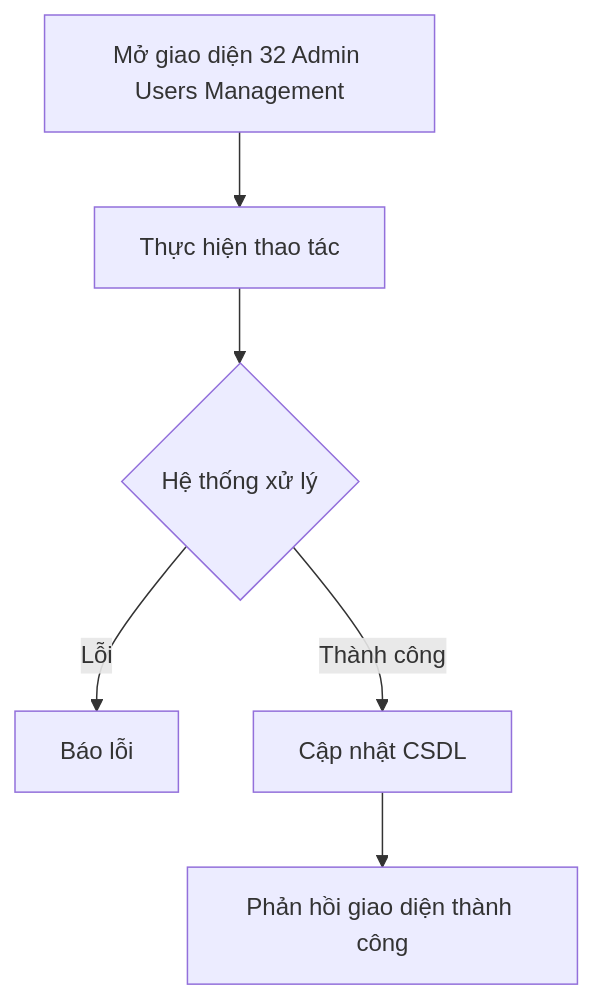
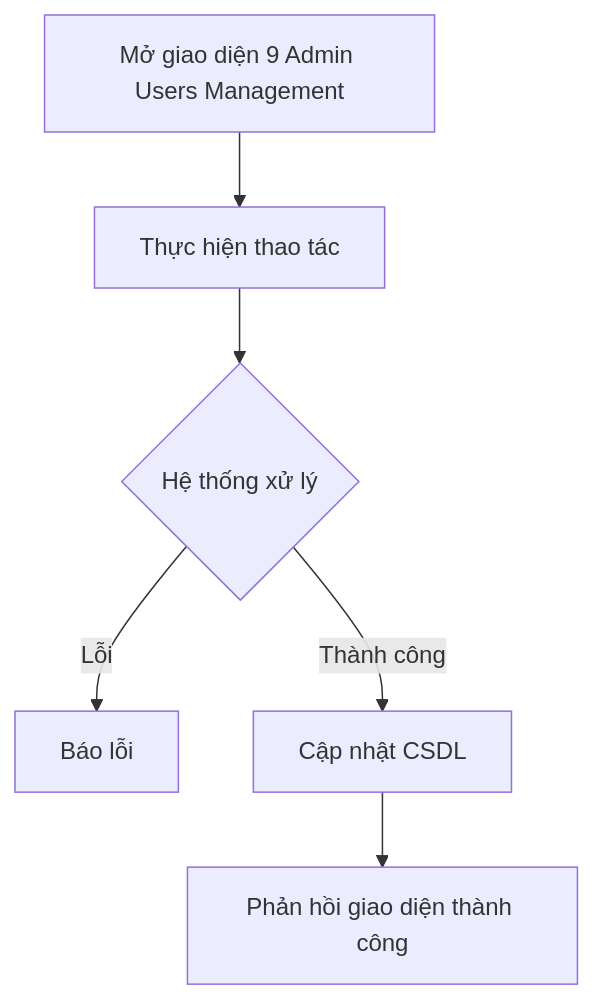
One commit to VanHaPtit/EasyTech_FE changed the diagram in nghiep_vu/epic-02_Admin_Area/user-story-09_Admin_Users_Management/user-story.md. Above: the diagram before and after it, drawn with Mermaid. The commit also changed other lines of this file and 31 other files, not shown here.

````diff
--- a/nghiep_vu/epic-02_Admin_Area/user-story-09_Admin_Users_Management/user-story.md
+++ b/nghiep_vu/epic-02_Admin_Area/user-story-09_Admin_Users_Management/user-story.md
@@ -11,8 +11,8 @@
 ```mermaid
 graph TD
-    A[Mở giao diện 32 Admin Users Management] --> B[Thực hiện thao tác]
+    A[Mở giao diện 9 Admin Users Management] --> B[Thực hiện thao tác]
     B --> C{Hệ thống xử lý}
     C -- Lỗi --> D[Báo lỗi]
     C -- Thành công --> E[Cập nhật CSDL]
     E --> F[Phản hồi giao diện thành công]
 ```
````
